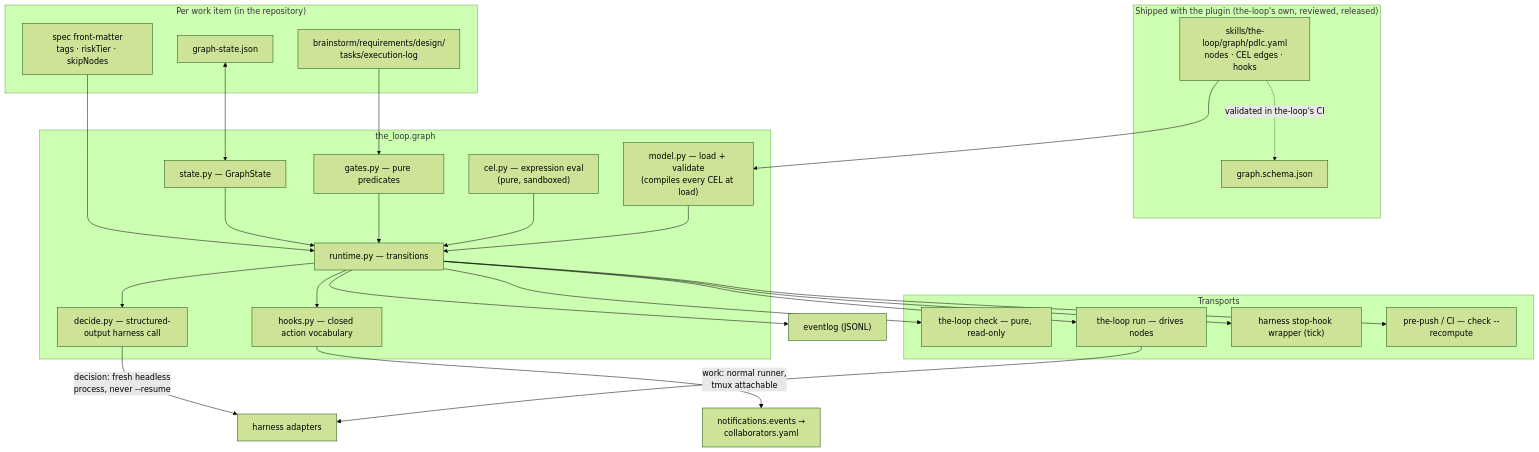
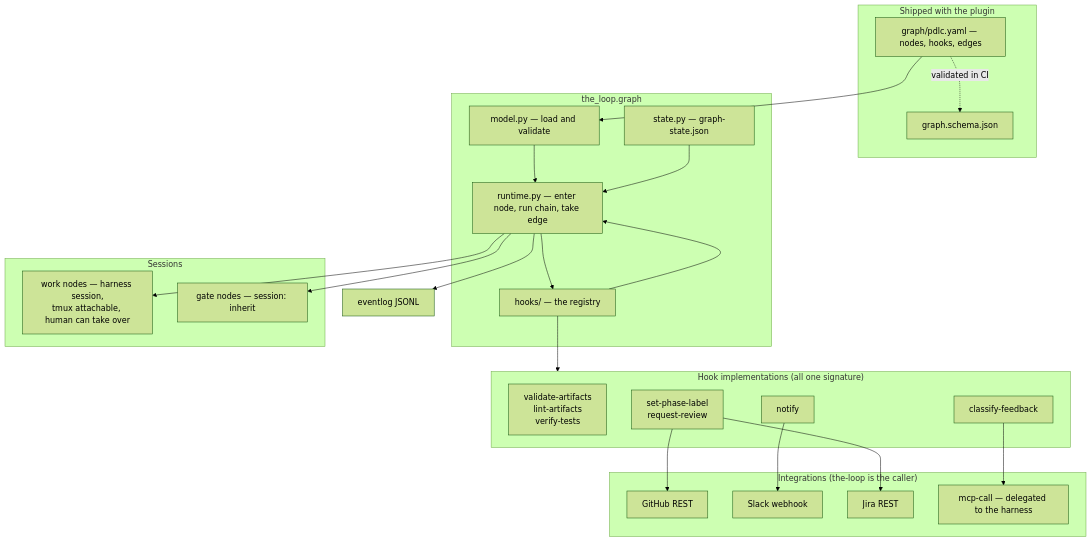
One commit to MadaraUchiha-314/the-loop changed the fourth of 4 diagrams in docs/specs/issue-109/design.md. Above: the diagram before and after it, drawn with Mermaid (forest theme). The commit also changed other lines of this file and 5 other files, not shown here.

````diff
--- a/docs/specs/issue-109/design.md
+++ b/docs/specs/issue-109/design.md
@@ -38,47 +279,48 @@
 ```mermaid
 flowchart TB
-    subgraph plugin["Shipped with the plugin (the-loop's own, reviewed, released)"]
-        PDLC["skills/the-loop/graph/pdlc.yaml<br/>nodes · CEL edges · hooks"]
-        GSCHEMA["graph.schema.json"]
-        PDLC -. validated in the-loop's CI .-> GSCHEMA
+    subgraph plugin["Shipped with the plugin"]
+        PDLC["graph/pdlc.yaml — nodes, hooks, edges"]
+        SCHEMA["graph.schema.json"]
+        PDLC -. validated in CI .-> SCHEMA
     end
 
     subgraph core["the_loop.graph"]
-        MODEL["model.py — load + validate<br/>(compiles every CEL at load)"]
-        CEL["cel.py — expression eval<br/>(pure, sandboxed)"]
-        GATES["gates.py — pure predicates"]
-        GSTATE["state.py — GraphState"]
-        RT["runtime.py — transitions"]
-        HOOKS["hooks.py — closed action vocabulary"]
-        DEC["decide.py — structured-output harness call"]
+        MODEL["model.py — load and validate"]
+        RT["runtime.py — enter node, run chain, take edge"]
+        HOOKS["hooks/ — the registry"]
+        STATE["state.py — graph-state.json"]
         MODEL --> RT
-        CEL --> RT
-        GATES --> RT
-        GSTATE --> RT
-        RT --> HOOKS
-        RT --> DEC
+        HOOKS --> RT
+        STATE --> RT
     end
 
-    subgraph wi["Per work item (in the repository)"]
-        FM["spec front-matter<br/>tags · riskTier · skipNodes"]
-        ART["brainstorm/requirements/design/<br/>tasks/execution-log"]
-        ST["graph-state.json"]
+    subgraph impl["Hook implementations (all one signature)"]
+        VAL["validate-artifacts<br/>lint-artifacts<br/>verify-tests"]
+        GH["set-phase-label<br/>request-review"]
+        SLACK["notify"]
+        CLS["classify-feedback"]
     end
 
-    subgraph transports["Transports"]
-        CHECK["the-loop check — pure, read-only"]
-        RUN["the-loop run — drives nodes"]
-        HOOK["harness stop-hook wrapper (tick)"]
-        CI["pre-push / CI — check --recompute"]
+    subgraph integ["Integrations (the-loop is the caller)"]
+        GHAPI["GitHub REST"]
+        SLACKW["Slack webhook"]
+        JIRA["Jira REST"]
+        MCPD["mcp-call — delegated to the harness"]
+    end
+
+    subgraph sess["Sessions"]
+        WORK["work nodes — harness session,<br/>tmux attachable, human can take over"]
+        GATE["gate nodes — session: inherit"]
     end
 
     PDLC --> MODEL
-    FM --> RT
-    ART --> GATES
-    ST <--> GSTATE
-    RT --> CHECK & RUN & HOOK & CI
-    RUN -->|"work: normal runner,<br/>tmux attachable"| ADPT["harness adapters"]
-    DEC -->|"decision: fresh headless<br/>process, never --resume"| ADPT
-    HOOKS --> NOTIFY["notifications.events →<br/>collaborators.yaml"]
-    RT --> EVT["eventlog (JSONL)"]
+    RT --> HOOKS
+    HOOKS --> impl
+    GH --> GHAPI
+    SLACK --> SLACKW
+    GH --> JIRA
+    CLS --> MCPD
+    RT --> WORK
+    RT --> GATE
+    RT --> EVT["eventlog JSONL"]
 ```
````
